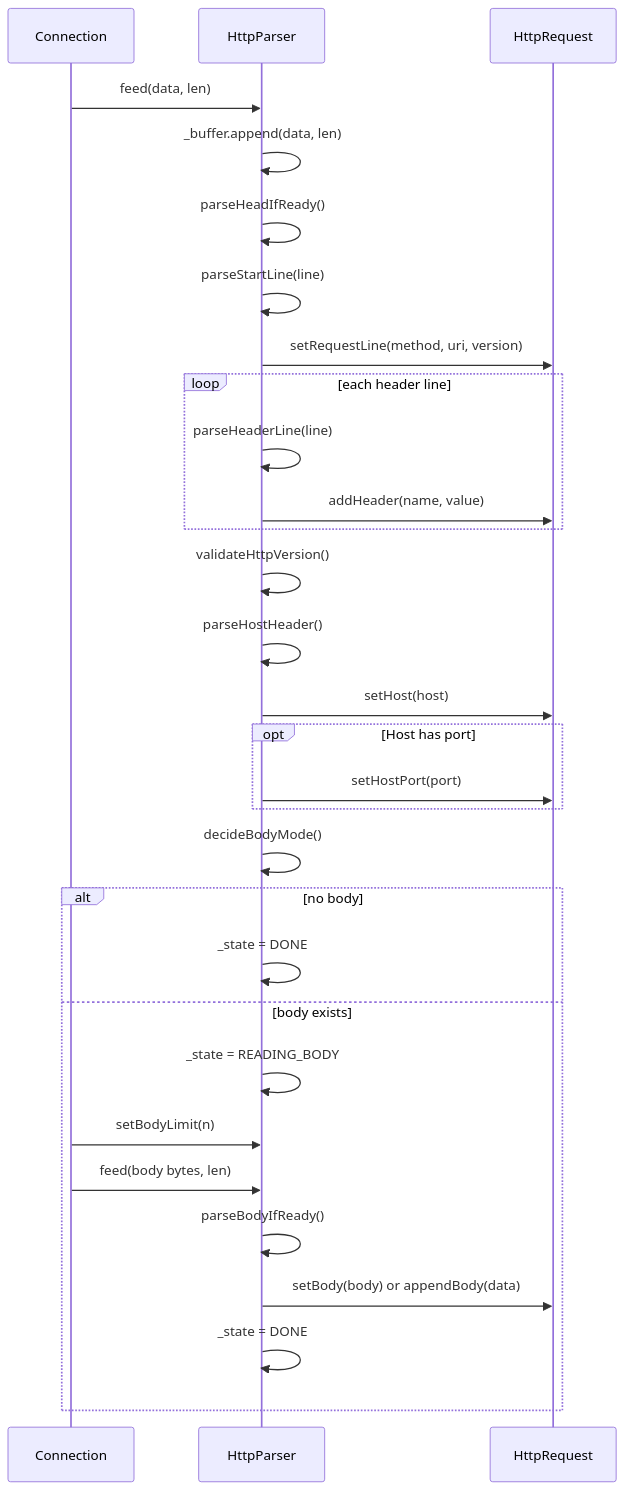
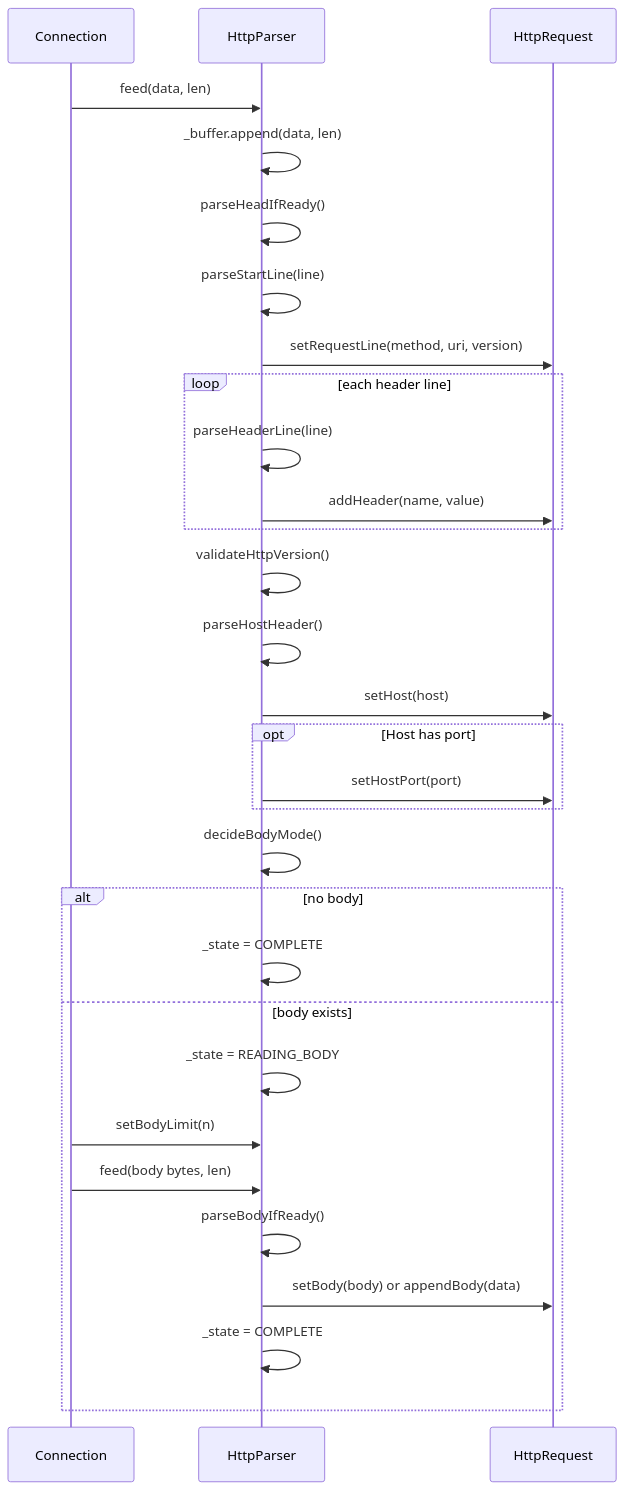
Before and after one commit to gkrtjd99/Webserv: the seventh of 7 diagrams in docs/HTTP/request-parser-design.md, drawn with Mermaid. The commit also changed other lines of this file and 5 other files, not shown here.

````diff
--- a/docs/HTTP/request-parser-design.md
+++ b/docs/HTTP/request-parser-design.md
@@ -172,39 +172,39 @@
 ```mermaid
 sequenceDiagram
     participant Conn as Connection
     participant Parser as HttpParser
     participant Req as HttpRequest
 
     Conn->>Parser: feed(data, len)
     Parser->>Parser: _buffer.append(data, len)
     Parser->>Parser: parseHeadIfReady()
 
     Parser->>Parser: parseStartLine(line)
     Parser->>Req: setRequestLine(method, uri, version)
 
     loop each header line
         Parser->>Parser: parseHeaderLine(line)
         Parser->>Req: addHeader(name, value)
     end
 
     Parser->>Parser: validateHttpVersion()
     Parser->>Parser: parseHostHeader()
     Parser->>Req: setHost(host)
 
     opt Host has port
         Parser->>Req: setHostPort(port)
     end
 
     Parser->>Parser: decideBodyMode()
 
     alt no body
-        Parser->>Parser: _state = DONE
+        Parser->>Parser: _state = COMPLETE
     else body exists
         Parser->>Parser: _state = READING_BODY
         Conn->>Parser: setBodyLimit(n)
         Conn->>Parser: feed(body bytes, len)
         Parser->>Parser: parseBodyIfReady()
         Parser->>Req: setBody(body) or appendBody(data)
-        Parser->>Parser: _state = DONE
+        Parser->>Parser: _state = COMPLETE
     end
 ```
````
